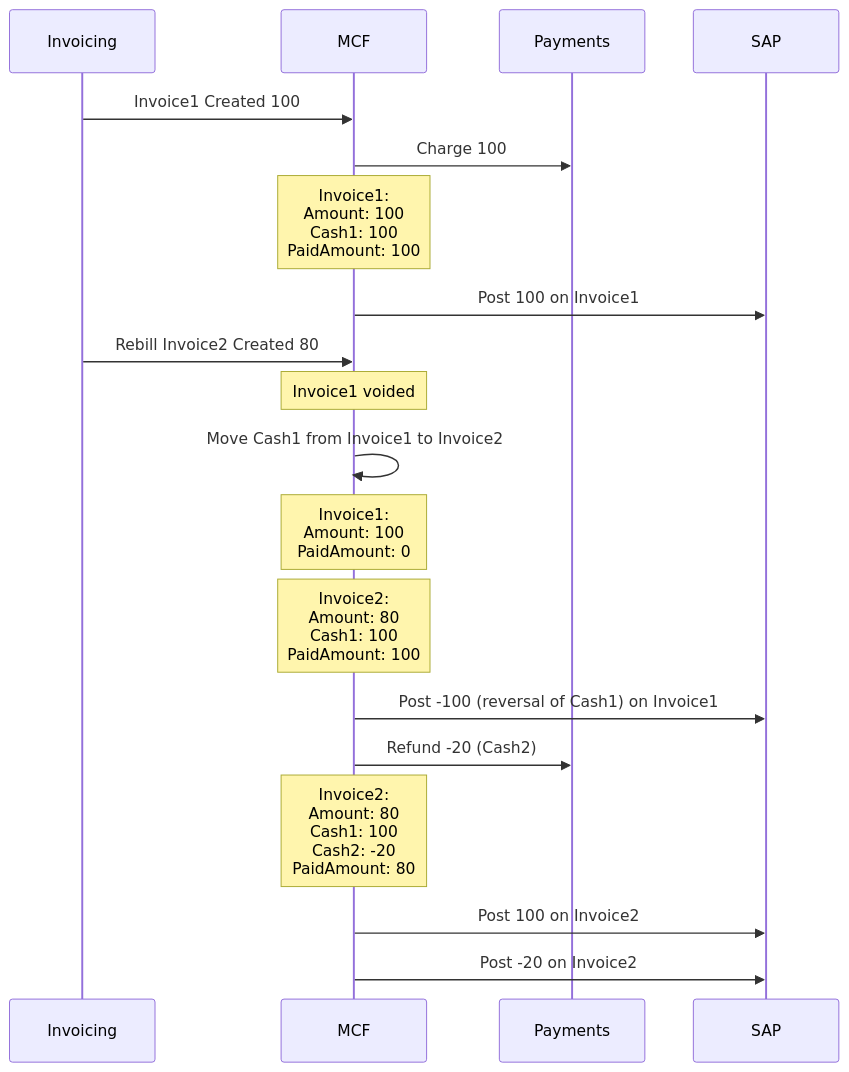
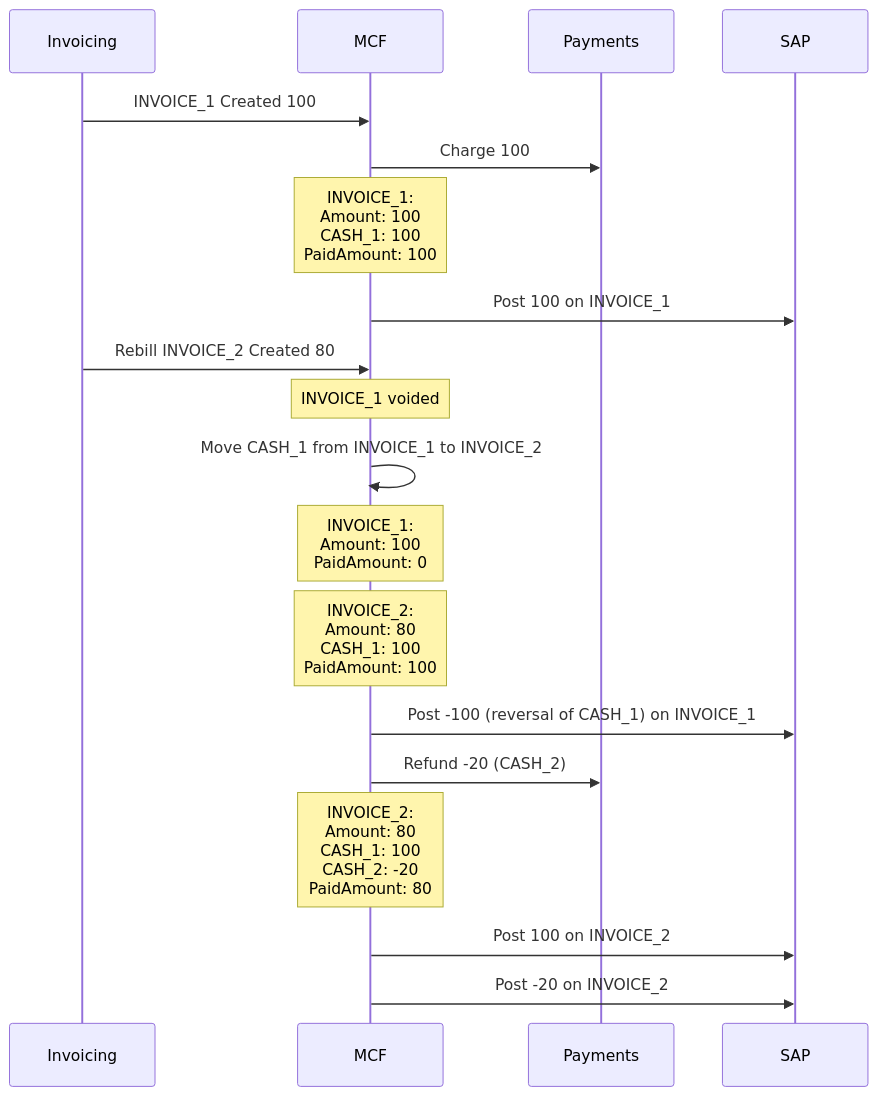
The ninth of 17 diagrams in MCF-SAP Scenarios.md (vikramsinha/test1), drawn with Mermaid before and after one commit. The commit also changed other lines of this file, not shown here.

Commit message:
Update MCF-SAP Scenarios.md

````diff
--- a/MCF-SAP Scenarios.md
+++ b/MCF-SAP Scenarios.md
@@ -110,23 +164,23 @@
 ```mermaid
 %%{init: {'theme': 'default'} }%%
 sequenceDiagram
     participant Invoicing
     participant MCF
     participant Payments
     participant SAP
-    Invoicing->>MCF: Invoice1 Created 100
+    Invoicing->>MCF: INVOICE_1 Created 100
     MCF->>Payments: Charge 100
-    Note over MCF: Invoice1:<br/>Amount: 100<br/>Cash1: 100<br/>PaidAmount: 100
-    MCF->>SAP: Post 100 on Invoice1
-    Invoicing->>MCF: Rebill Invoice2 Created 80
-    Note over MCF: Invoice1 voided
-    MCF->>MCF: Move Cash1 from Invoice1 to Invoice2
-    Note over MCF: Invoice1:<br/>Amount: 100<br/>PaidAmount: 0
-    Note over MCF: Invoice2:<br/>Amount: 80<br/>Cash1: 100<br/>PaidAmount: 100
-    MCF->>SAP: Post -100 (reversal of Cash1) on Invoice1
-    MCF->>Payments: Refund -20 (Cash2)
-    Note over MCF: Invoice2:<br/>Amount: 80<br/>Cash1: 100<br/>Cash2: -20<br/>PaidAmount: 80
-    MCF->>SAP: Post 100 on Invoice2
-    MCF->>SAP: Post -20 on Invoice2
+    Note over MCF: INVOICE_1:<br/>Amount: 100<br/>CASH_1: 100<br/>PaidAmount: 100
+    MCF->>SAP: Post 100 on INVOICE_1
+    Invoicing->>MCF: Rebill INVOICE_2 Created 80
+    Note over MCF: INVOICE_1 voided
+    MCF->>MCF: Move CASH_1 from INVOICE_1 to INVOICE_2
+    Note over MCF: INVOICE_1:<br/>Amount: 100<br/>PaidAmount: 0
+    Note over MCF: INVOICE_2:<br/>Amount: 80<br/>CASH_1: 100<br/>PaidAmount: 100
+    MCF->>SAP: Post -100 (reversal of CASH_1) on INVOICE_1
+    MCF->>Payments: Refund -20 (CASH_2)
+    Note over MCF: INVOICE_2:<br/>Amount: 80<br/>CASH_1: 100<br/>CASH_2: -20<br/>PaidAmount: 80
+    MCF->>SAP: Post 100 on INVOICE_2
+    MCF->>SAP: Post -20 on INVOICE_2
 
 ```
````
